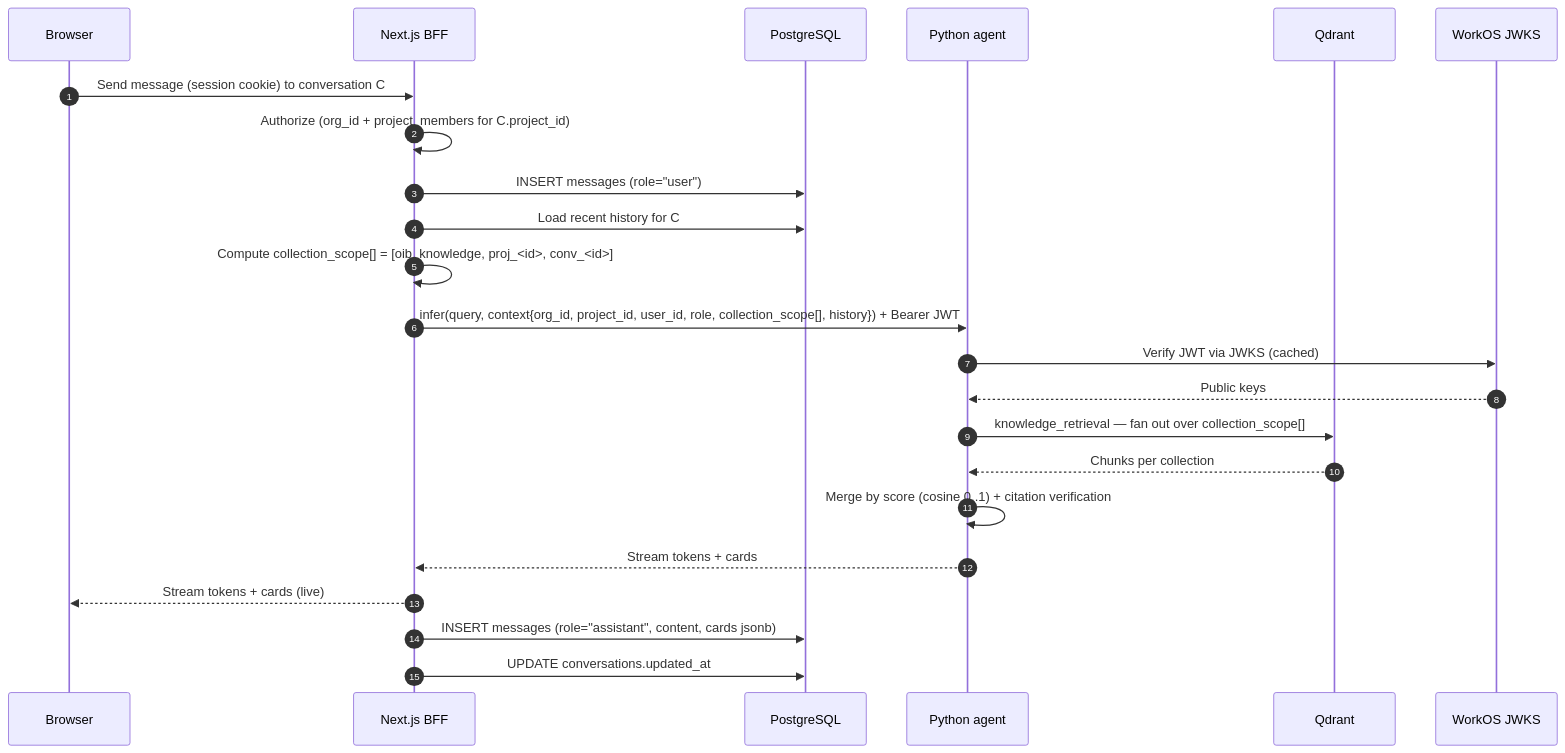
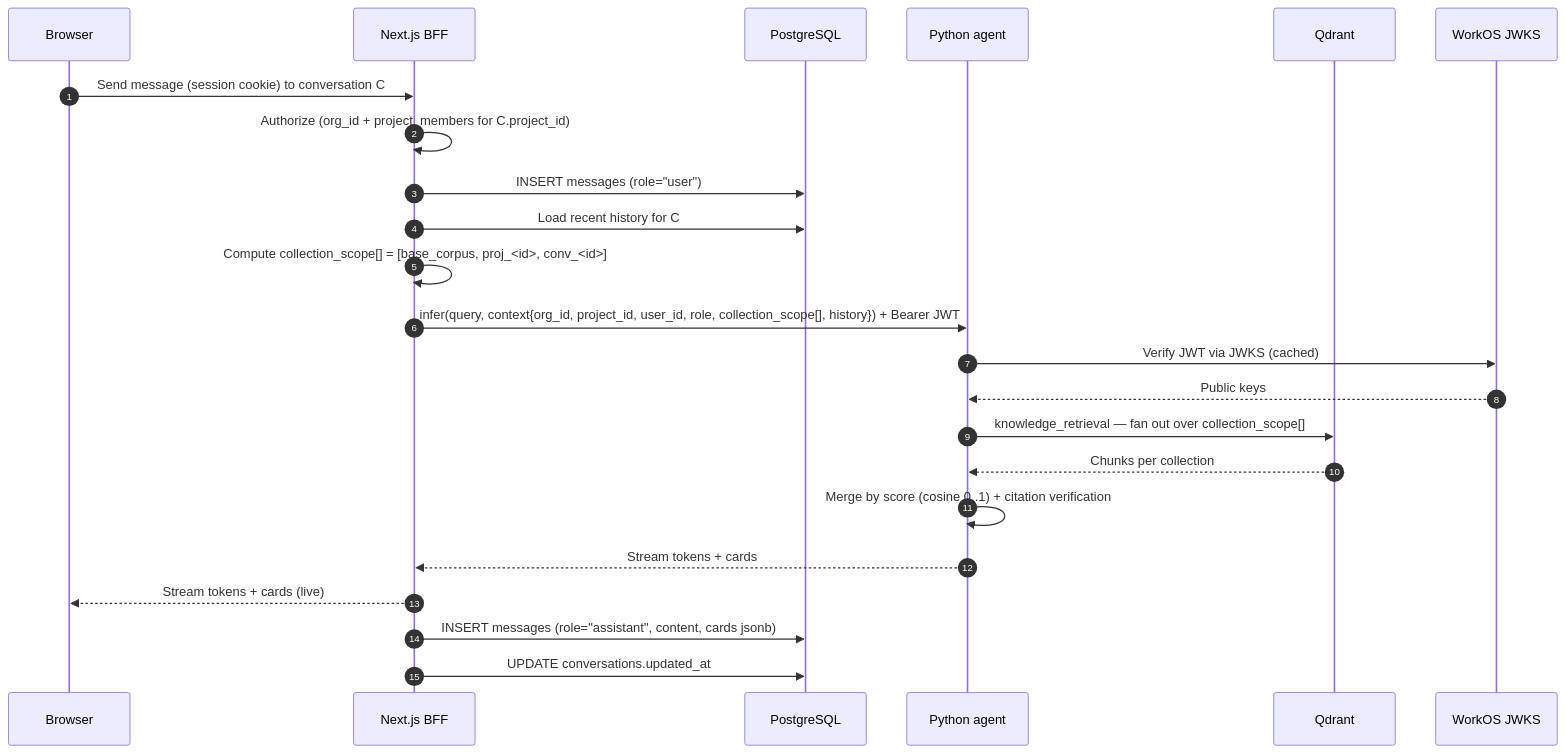
Diagram 13 of 15 in docs/architecture/multitenancy-and-auth-spec.md (archos-at/archos), drawn with Mermaid before and after one commit. The commit also changed other lines of this file and 227 other files, not shown here.

First line of the commit message:
refactor(knowledge): the base corpus is base_corpus, not oib_knowledge, migrated by the backend itself

````diff
--- a/docs/architecture/multitenancy-and-auth-spec.md
+++ b/docs/architecture/multitenancy-and-auth-spec.md
@@ -729,26 +729,26 @@
 ```mermaid
 sequenceDiagram
     autonumber
     participant U as Browser
     participant B as Next.js BFF
     participant DB as PostgreSQL
     participant P as Python agent
     participant V as Qdrant
     participant W as WorkOS JWKS
 
     U->>B: Send message (session cookie) to conversation C
     B->>B: Authorize (org_id + project_members for C.project_id)
     B->>DB: INSERT messages (role="user")
     B->>DB: Load recent history for C
-    B->>B: Compute collection_scope[] = [oib_knowledge, proj_<id>, conv_<id>]
+    B->>B: Compute collection_scope[] = [base_corpus, proj_<id>, conv_<id>]
     B->>P: infer(query, context{org_id, project_id, user_id, role, collection_scope[], history}) + Bearer JWT
     P->>W: Verify JWT via JWKS (cached)
     W-->>P: Public keys
     P->>V: knowledge_retrieval — fan out over collection_scope[]
     V-->>P: Chunks per collection
     P->>P: Merge by score (cosine 0..1) + citation verification
     P-->>B: Stream tokens + cards
     B-->>U: Stream tokens + cards (live)
     B->>DB: INSERT messages (role="assistant", content, cards jsonb)
     B->>DB: UPDATE conversations.updated_at
 ```
````
